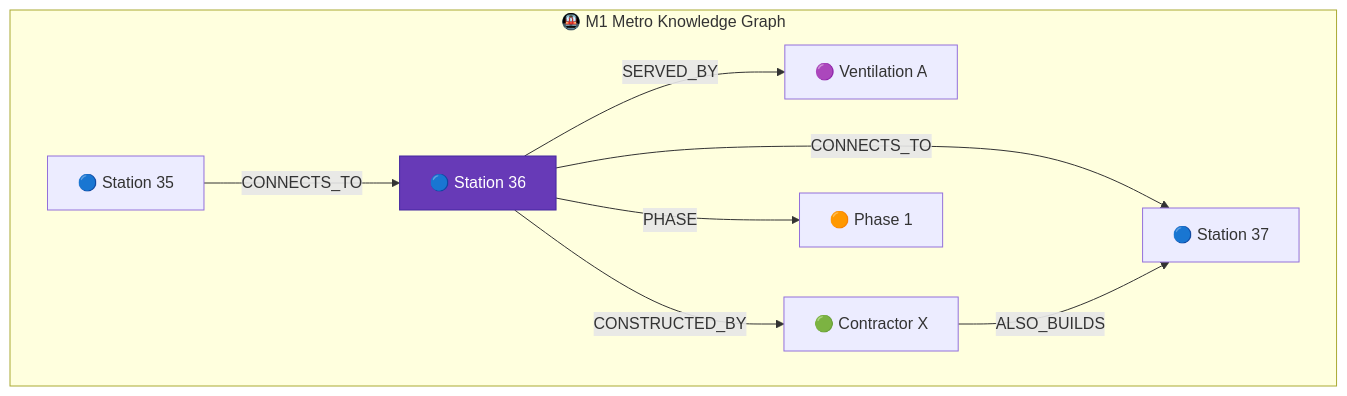
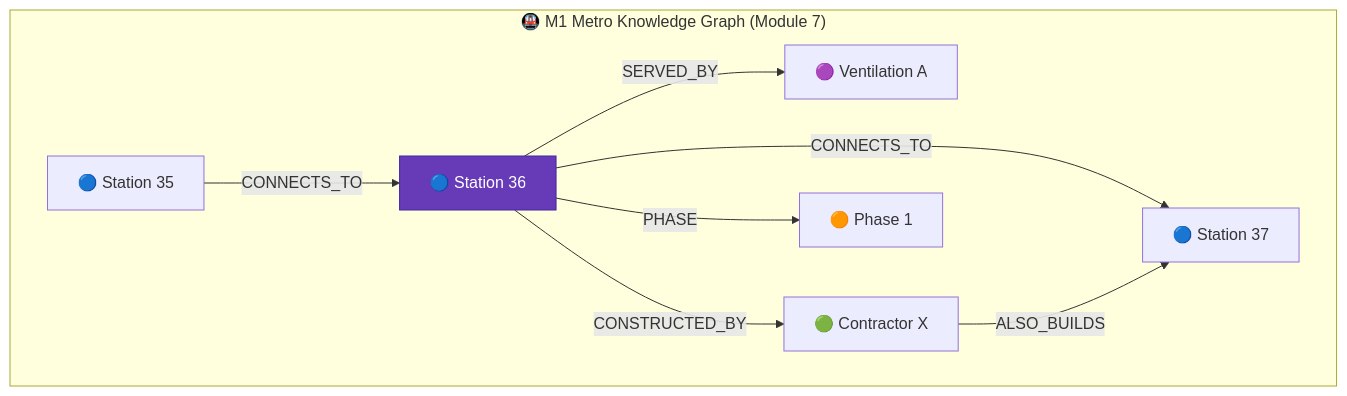
Before and after one commit to roie9876/RAG-WorkShop: the fifth of 5 diagrams in modules/module-6-graphrag/README.md, drawn with Mermaid. The commit also changed other lines of this file, not shown here.

Commit message:
update module6

````diff
--- a/modules/module-6-graphrag/README.md
+++ b/modules/module-6-graphrag/README.md
@@ -432,13 +357,13 @@
 ```mermaid
 flowchart TB
-    subgraph METRO["🚇 M1 Metro Knowledge Graph"]
+    subgraph METRO["🚇 M1 Metro Knowledge Graph (Module 7)"]
         S35["🔵 Station 35"] -->|CONNECTS_TO| S36["🔵 Station 36"]
         S36 -->|CONNECTS_TO| S37["🔵 Station 37"]
         S36 -->|SERVED_BY| VENT["🟣 Ventilation A"]
         S36 -->|CONSTRUCTED_BY| CONT["🟢 Contractor X"]
         S36 -->|PHASE| P1["🟠 Phase 1"]
         CONT -->|ALSO_BUILDS| S37
     end
     
     style S36 fill:#673ab7,stroke:#4527a0,color:#fff
 ```
````
